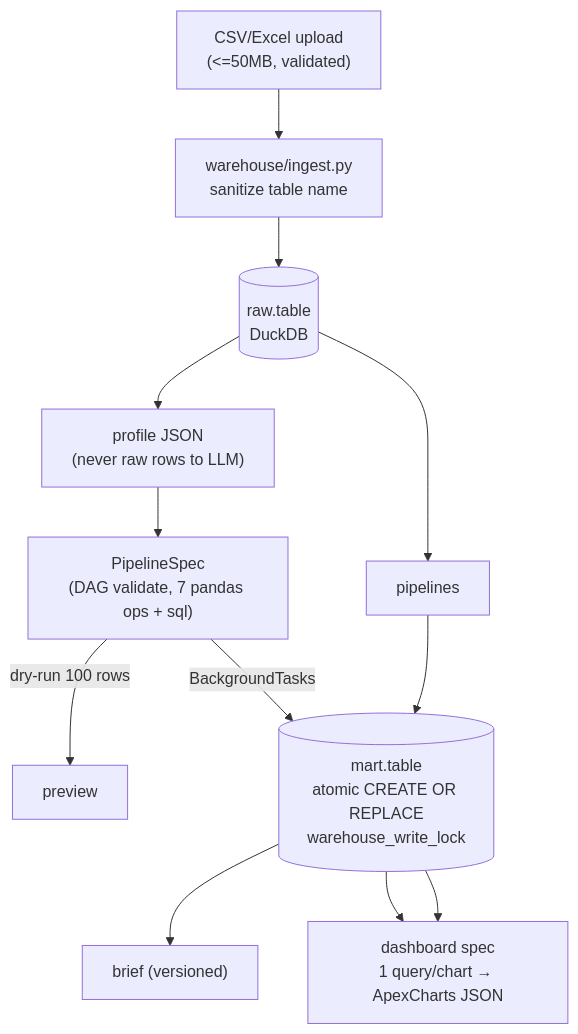
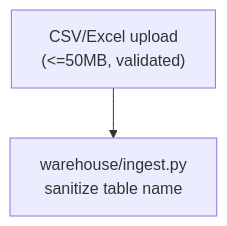
One commit to ndai30122006-creator/Data-Analytic- changed the second of 5 diagrams in docs/ARCHITECTURE.md. Above: the diagram before and after it, drawn with Mermaid. The commit also changed other lines of this file and 9 other files, not shown here.

First line of the commit message:
feat(scale): DuckDB SQL engine song song Pandas engine

````diff
--- a/docs/ARCHITECTURE.md
+++ b/docs/ARCHITECTURE.md
@@ -35,14 +35,4 @@
 ```mermaid
 flowchart TD
   UP["CSV/Excel upload\n(<=50MB, validated)"] --> ING["warehouse/ingest.py\nsanitize table name"]
-  ING --> RAW[("raw.table\nDuckDB")]
-  RAW --> PROF["profile JSON\n(never raw rows to LLM)"]
-  PROF --> SPEC["PipelineSpec\n(DAG validate, 7 pandas ops + sql)"]
-  SPEC -->|dry-run 100 rows| PREV["preview"]
-  SPEC -->|BackgroundTasks| MART[("mart.table\natomic CREATE OR REPLACE\nwarehouse_write_lock")]
-  MART --> BRIEF["brief (versioned)"]
-  MART --> DBOARD["dashboard spec\n1 query/chart → ApexCharts JSON"]
-  RAW --> PIPE["pipelines"]
-  PIPE --> MART
-  MART --> DBOARD
 ```
````
